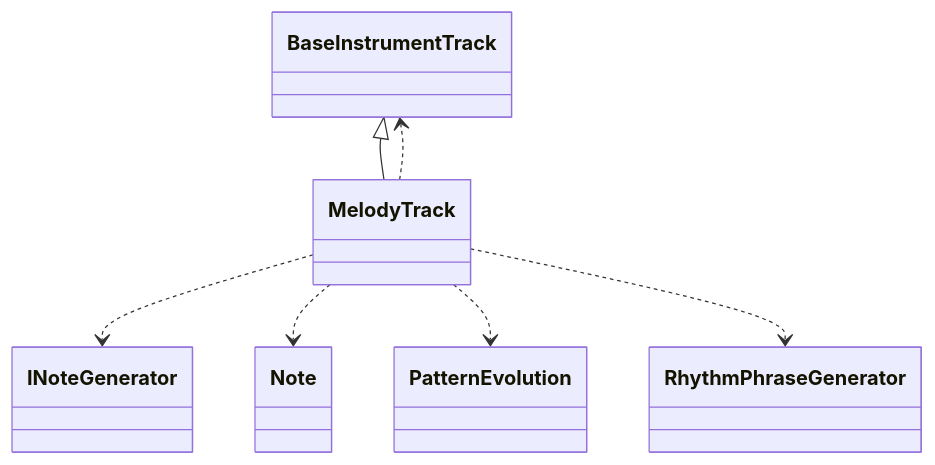
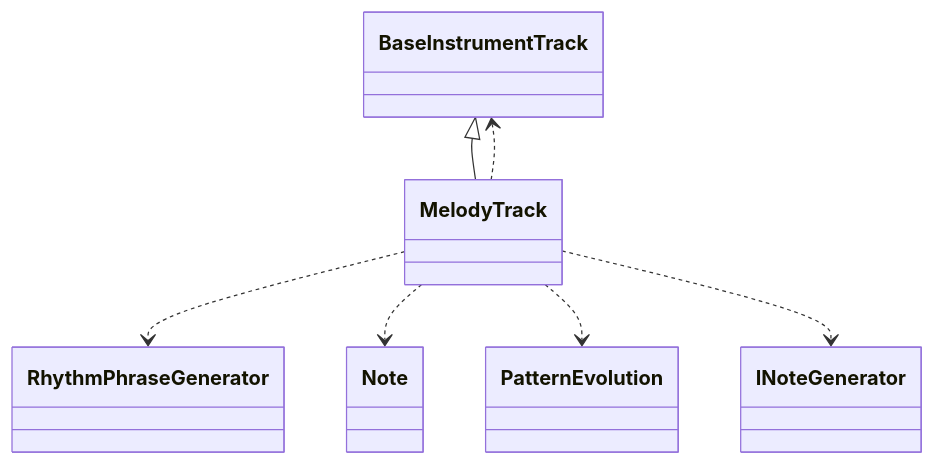
One commit to schnock-art/project_inspector changed the fifth of 39 diagrams in test/test.md. Above: the diagram before and after it, drawn with Mermaid. The commit also changed other lines of this file and 1 other file, not shown here.

Commit message:
Removed empty mermaid

````diff
--- a/test/test.md
+++ b/test/test.md
@@ -202,9 +202,9 @@
 ```mermaid
 classDiagram
 BaseInstrumentTrack <|-- MelodyTrack
+MelodyTrack ..> RhythmPhraseGenerator
 MelodyTrack ..> BaseInstrumentTrack
-MelodyTrack ..> INoteGenerator
 MelodyTrack ..> Note
 MelodyTrack ..> PatternEvolution
-MelodyTrack ..> RhythmPhraseGenerator
+MelodyTrack ..> INoteGenerator
 ```
````
